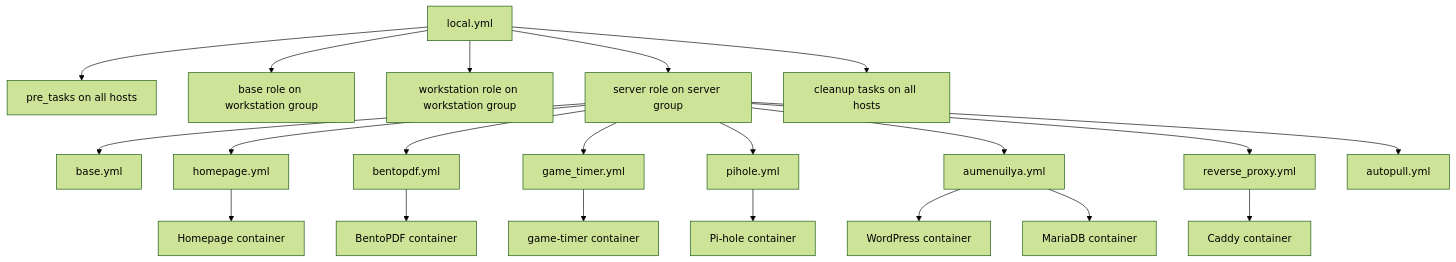
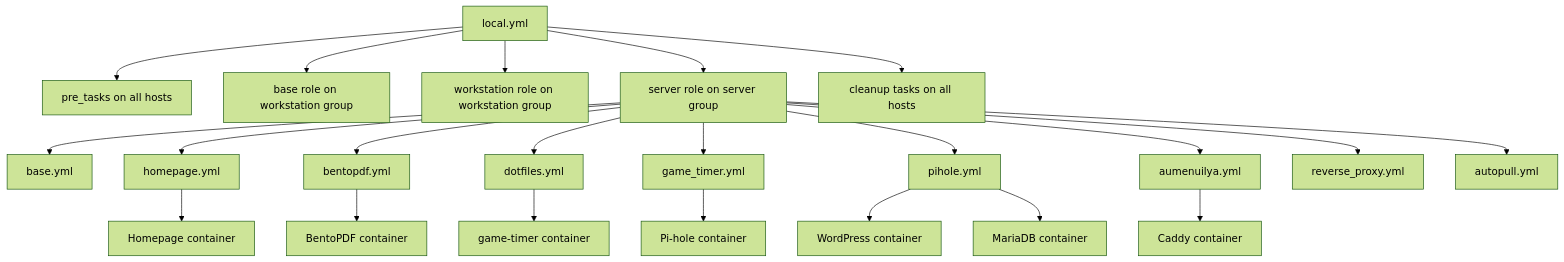
The diagram in ARCHITECTURE.md (djspatule/ansible-autoconfig), drawn with Mermaid (forest theme) before and after one commit. The commit also changed other lines of this file and 6 other files, not shown here.

````diff
--- a/ARCHITECTURE.md
+++ b/ARCHITECTURE.md
@@ -12,25 +12,26 @@
 ```mermaid
 flowchart TD
     A[local.yml] --> B[pre_tasks on all hosts]
     A --> C[base role on workstation group]
     A --> D[workstation role on workstation group]
     A --> E[server role on server group]
     A --> F[cleanup tasks on all hosts]
 
     E --> E1[base.yml]
     E --> E2[homepage.yml]
     E --> E3[bentopdf.yml]
-    E --> E4[game_timer.yml]
-    E --> E5[pihole.yml]
-    E --> E6[aumenuilya.yml]
-    E --> E7[reverse_proxy.yml]
-    E --> E8[autopull.yml]
+    E --> E4[dotfiles.yml]
+    E --> E5[game_timer.yml]
+    E --> E6[pihole.yml]
+    E --> E7[aumenuilya.yml]
+    E --> E8[reverse_proxy.yml]
+    E --> E9[autopull.yml]
 
     E7 --> G[Caddy container]
     E2 --> H[Homepage container]
     E3 --> I[BentoPDF container]
     E4 --> J[game-timer container]
     E5 --> K[Pi-hole container]
     E6 --> L[WordPress container]
     E6 --> M[MariaDB container]
 ```
````
